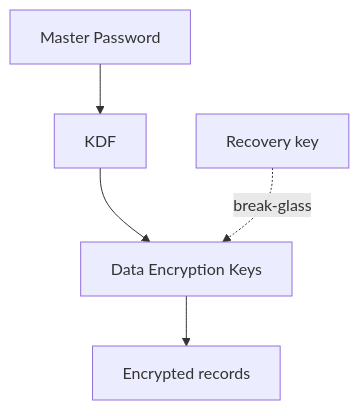
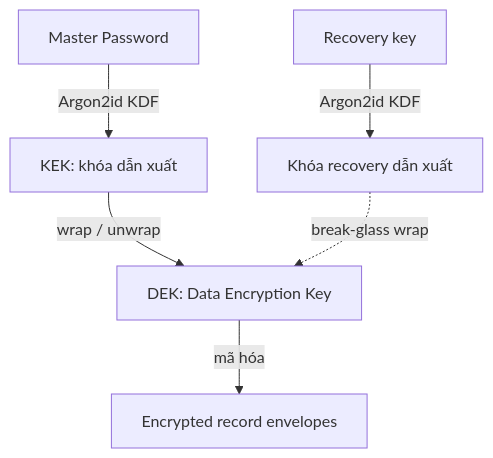
One commit to syurodev/base changed the diagram in content/projects/dev-kit/security.mdx. Above: the diagram before and after it, drawn with Mermaid. The commit also changed other lines of this file, not shown here.

Commit message:
Khái niệm khóa & mã hóa

````diff
--- a/content/projects/dev-kit/security.mdx
+++ b/content/projects/dev-kit/security.mdx
@@ -12,7 +12,8 @@
 ```mermaid
 flowchart TD
-  MP[Master Password] --> KDF[KDF]
-  KDF --> DEK[Data Encryption Keys]
-  DEK --> DATA[Encrypted records]
-  RECOVERY[Recovery key] -.->|break-glass| DEK
+  MP[Master Password] -->|Argon2id KDF| KEK[KEK: khóa dẫn xuất]
+  KEK -->|wrap / unwrap| DEK[DEK: Data Encryption Key]
+  DEK -->|mã hóa| DATA[Encrypted record envelopes]
+  RECOVERY[Recovery key] -->|Argon2id KDF| RKEY[Khóa recovery dẫn xuất]
+  RKEY -.->|break-glass wrap| DEK
 ```
````
